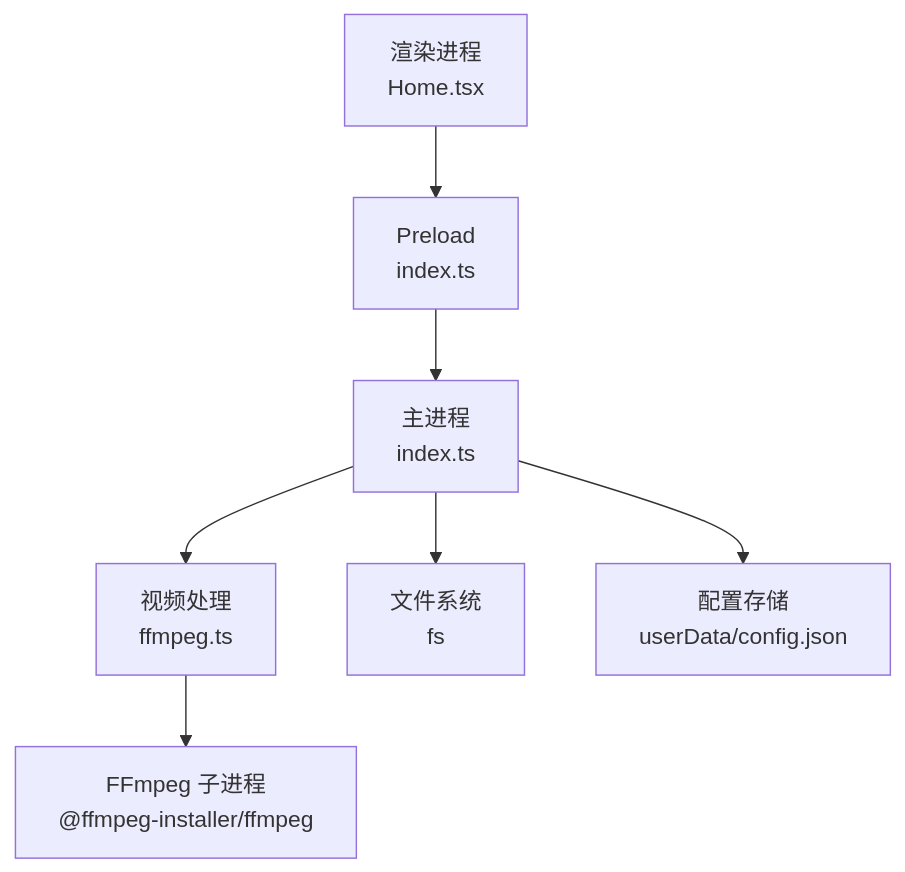
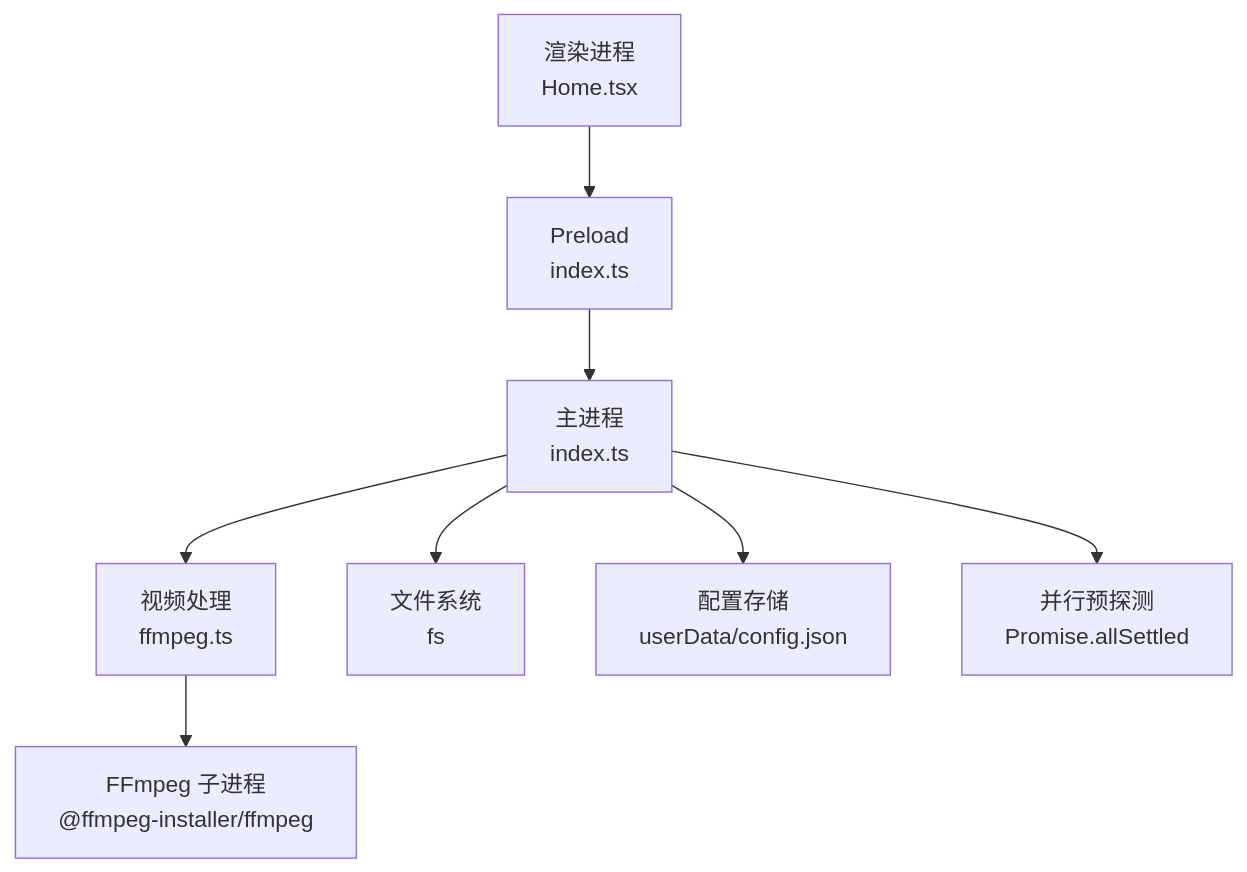
The first of 6 diagrams in .qoder/repowiki/zh/content/架构设计/FFmpeg集成架构/视频合并处理管道.md (HoarfrostKimi/Video-Merger), drawn with Mermaid before and after one commit. The commit also changed other lines of this file and 43 other files, not shown here.

````diff
--- a/.qoder/repowiki/zh/content/架构设计/FFmpeg集成架构/视频合并处理管道.md
+++ b/.qoder/repowiki/zh/content/架构设计/FFmpeg集成架构/视频合并处理管道.md
@@ -35,9 +45,10 @@
 ```mermaid
 graph TB
 R["渲染进程<br/>Home.tsx"] --> P["Preload<br/>index.ts"]
 P --> M["主进程<br/>index.ts"]
 M --> F["视频处理<br/>ffmpeg.ts"]
 F --> FF["FFmpeg 子进程<br/>@ffmpeg-installer/ffmpeg"]
 M --> FS["文件系统<br/>fs"]
 M --> CFG["配置存储<br/>userData/config.json"]
+M --> PP["并行预探测<br/>Promise.allSettled"]
 ```
````
